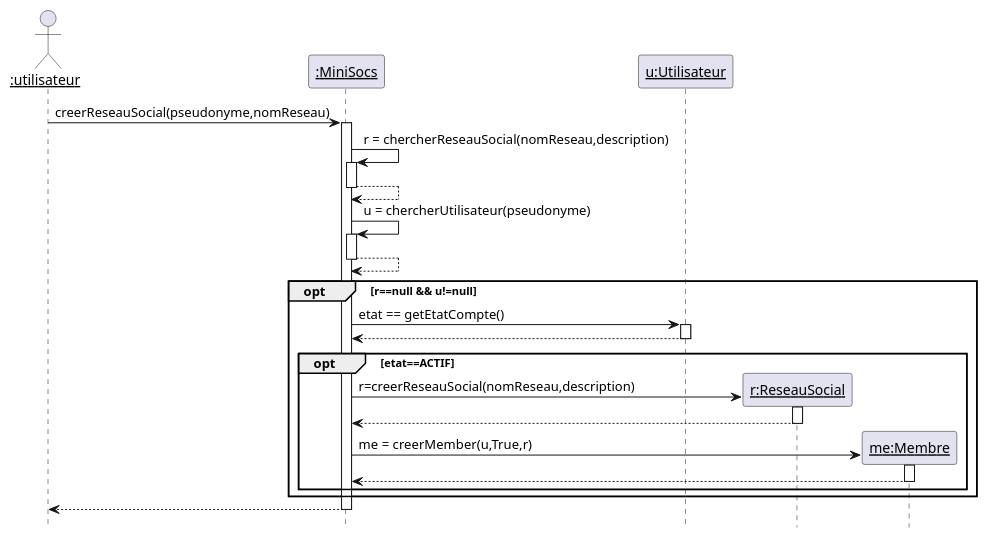
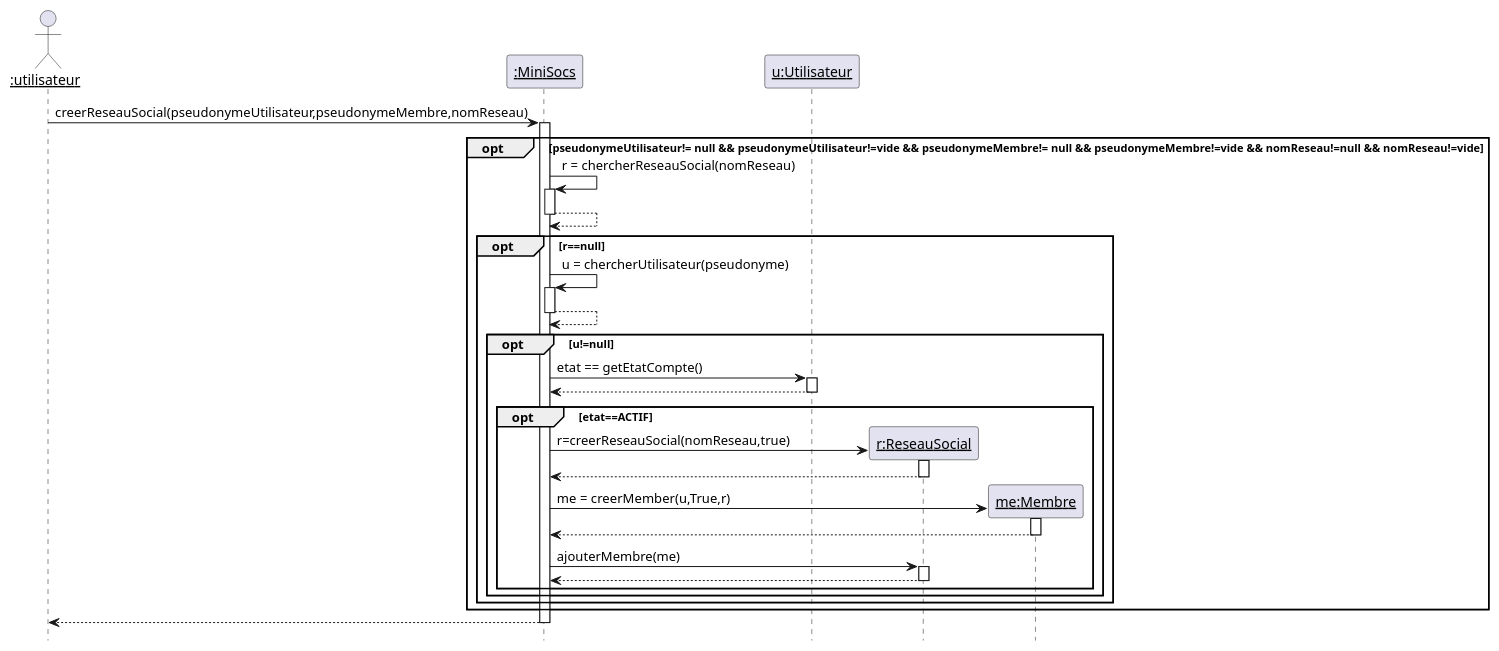
Before and after one commit to yesminete/MiniSocs: the diagram in Diagrammes/minisocs_uml_diag_seq_creer_reseau_social.pu, drawn with PlantUML. The commit also changed 9 other files, not shown here.

Commit message:
les classes du 1er cas d'utilisation creer reseau social (membre/reseausocial) et le fonction creerReseauSocial() dans MiniSoc

```diff
--- a/Diagrammes/minisocs_uml_diag_seq_creer_reseau_social.pu
+++ b/Diagrammes/minisocs_uml_diag_seq_creer_reseau_social.pu
@@ -1,32 +1,38 @@
 @startuml
 
 'Diagramme de séquence (PLantUML)'
 
 'configuration charte graphique'
 hide footbox
 skinparam sequenceParticiantBackgroundColor White
 skinparam sequenceActorBachkgroundColor White
 
 'Déclaration des acteurs et des participants'
 actor "__:utilisateur__" as u
 participant "__:MiniSocs__" as m
 participant "__u:Utilisateur__" as ui
-u -> m ++: creerReseauSocial(pseudonyme,nomReseau)
-m -> m ++: r = chercherReseauSocial(nomReseau,description)
+u -> m ++: creerReseauSocial(pseudonymeUtilisateur,pseudonymeMembre,nomReseau)
+opt pseudonymeUtilisateur!= null && pseudonymeUtilisateur!=vide && pseudonymeMembre!= null && pseudonymeMembre!=vide && nomReseau!=null && nomReseau!=vide
+m -> m ++: r = chercherReseauSocial(nomReseau)
 return
+opt r==null
 m -> m ++: u = chercherUtilisateur(pseudonyme)
 return
-opt r==null && u!=null
+opt u!=null
 m-> ui ++ : etat == getEtatCompte()
 return
 opt etat==ACTIF
 create "__r:ReseauSocial__" as R
-m -> R++: r=creerReseauSocial(nomReseau,description)
+m -> R++: r=creerReseauSocial(nomReseau,true)
 return
 create "__me:Membre__" as mem
 m ->mem ++ : me = creerMember(u,True,r)
 return
+m -> R++ : ajouterMembre(me)
+return
+end
+end
 end
 end
 return
 @enduml
```
